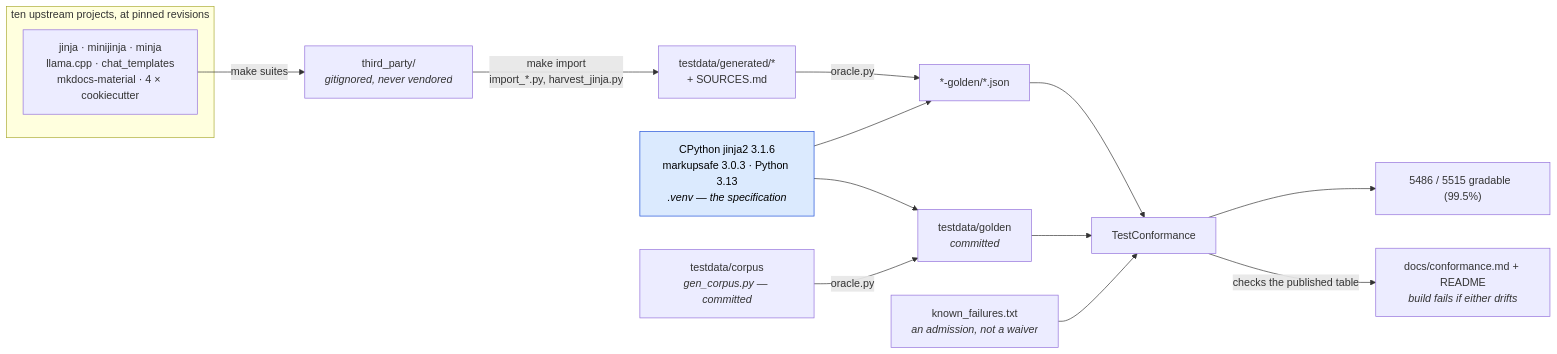
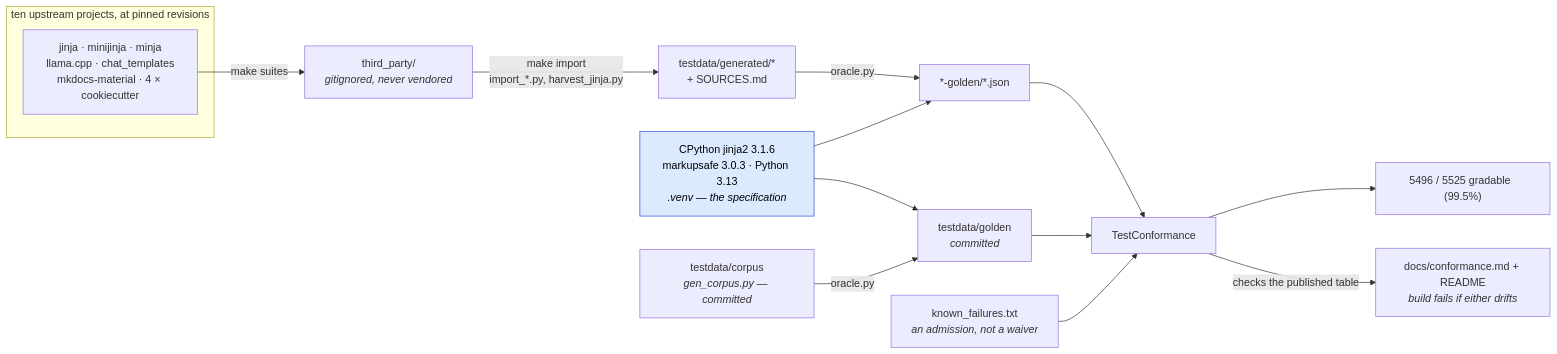
One commit to mgilbir/gojja2 changed the first of 2 diagrams in docs/conformance.md. Above: the diagram before and after it, drawn with Mermaid. The commit also changed other lines of this file and 34 other files, not shown here.

````diff
--- a/docs/conformance.md
+++ b/docs/conformance.md
@@ -17,24 +17,24 @@
 ```mermaid
 flowchart LR
     subgraph up["ten upstream projects, at pinned revisions"]
         U1["jinja · minijinja · minja<br/>llama.cpp · chat_templates<br/>mkdocs-material · 4 × cookiecutter"]
     end
     U1 -->|"make suites"| TP["third_party/<br/><i>gitignored, never vendored</i>"]
     TP -->|"make import<br/>import_*.py, harvest_jinja.py"| GEN["testdata/generated/*<br/>+ SOURCES.md"]
 
     ORA["CPython jinja2 3.1.6<br/>markupsafe 3.0.3 · Python 3.13<br/><i>.venv — the specification</i>"]
     GEN -->|"oracle.py"| G2["*-golden/*.json"]
     ORA --> G2
 
     OWN["testdata/corpus<br/><i>gen_corpus.py — committed</i>"] -->|"oracle.py"| G1["testdata/golden<br/><i>committed</i>"]
     ORA --> G1
 
     G1 --> TC["TestConformance"]
     G2 --> TC
     KF["known_failures.txt<br/><i>an admission, not a waiver</i>"] --> TC
-    TC --> RATE["5486 / 5515 gradable  (99.5%)"]
+    TC --> RATE["5496 / 5525 gradable  (99.5%)"]
     TC -->|"checks the published table"| RM["docs/conformance.md + README<br/><i>build fails if either drifts</i>"]
 
     classDef spec fill:#dbeafe,stroke:#1d4ed8,color:#000
     class ORA spec
 ```
````
